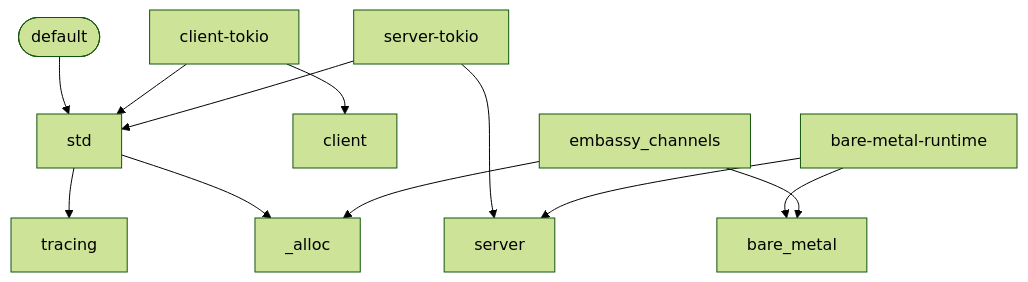
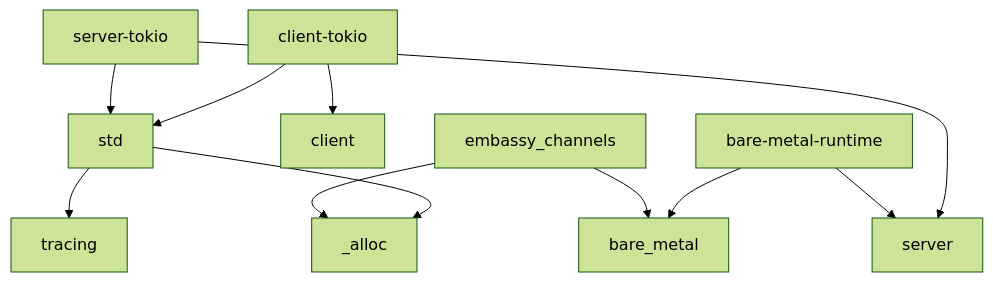
One commit to luminartech/simple_someip changed the diagram in CONTRIBUTING.md. Above: the diagram before and after it, drawn with Mermaid (forest theme). The commit also changed other lines of this file, not shown here.

Commit message:
docs: drop default from the feature graph
default is the default feature set rather than a feature like the others, and
the line above the diagram already states default = ["std"], so the node was
both odd and redundant.

````diff
--- a/CONTRIBUTING.md
+++ b/CONTRIBUTING.md
@@ -15,16 +15,15 @@
 ```mermaid
 flowchart TD
-    F_default(["default"]) --> F_std["std"]
-    F_std --> F_tracing["tracing"]
+    F_std["std"] --> F_tracing["tracing"]
     F_std --> F_alloc["_alloc"]
 
     F_ctokio["client-tokio"] --> F_client["client"]
     F_ctokio --> F_std
     F_stokio["server-tokio"] --> F_server["server"]
     F_stokio --> F_std
 
     F_bmr["bare-metal-runtime"] --> F_bm["bare_metal"]
     F_bmr --> F_server
     F_ec["embassy_channels"] --> F_bm
     F_ec --> F_alloc
 ```
````
